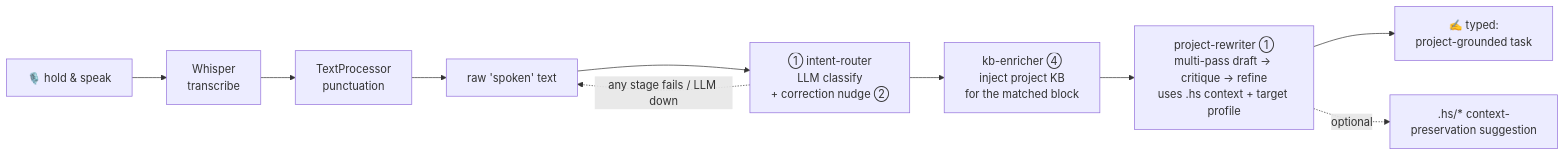
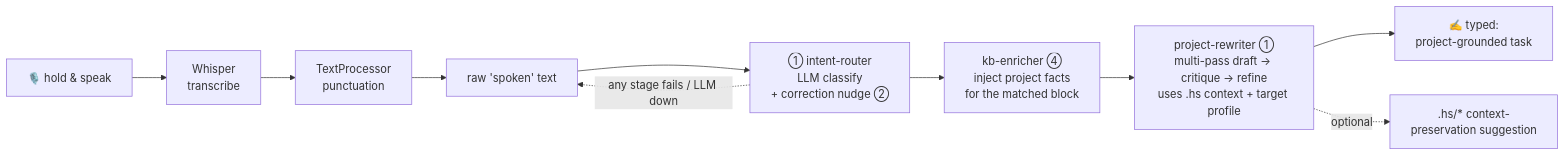
Before and after one commit to karolswdev/HoldSpeak: the first of 2 diagrams in docs/DICTATION_COPILOT.md, drawn with Mermaid. The commit also changed other lines of this file and 8 other files, not shown here.

````diff
--- a/docs/DICTATION_COPILOT.md
+++ b/docs/DICTATION_COPILOT.md
@@ -82,14 +82,14 @@
 ```mermaid
 flowchart LR
     A["🎙️ hold &amp; speak"] --> B["Whisper<br/>transcribe"]
     B --> C["TextProcessor<br/>punctuation"]
     C --> D["raw 'spoken' text"]
 
     D --> E["① intent-router<br/>LLM classify<br/>+ correction nudge ②"]
-    E --> F["kb-enricher ④<br/>inject project KB<br/>for the matched block"]
+    E --> F["kb-enricher ④<br/>inject project facts<br/>for the matched block"]
     F --> G["project-rewriter ①<br/>multi-pass draft → critique → refine<br/>uses .hs context + target profile"]
     G --> H["✍️ typed:<br/>project-grounded task"]
     G -.->|optional| I[".hs/* context-<br/>preservation suggestion"]
 
     E -.->|"any stage fails / LLM down"| D
 ```
````
